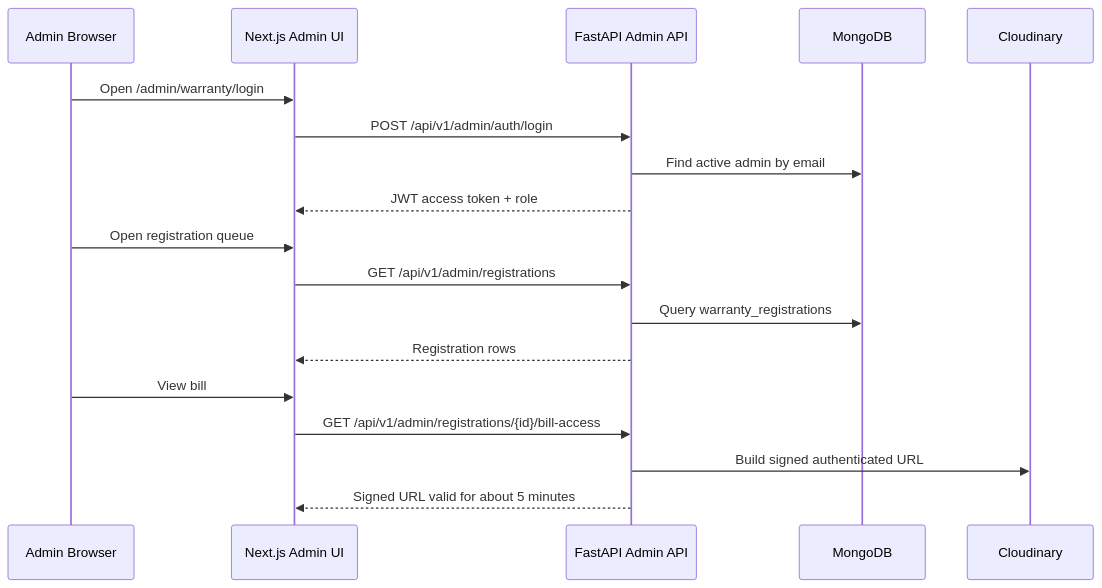
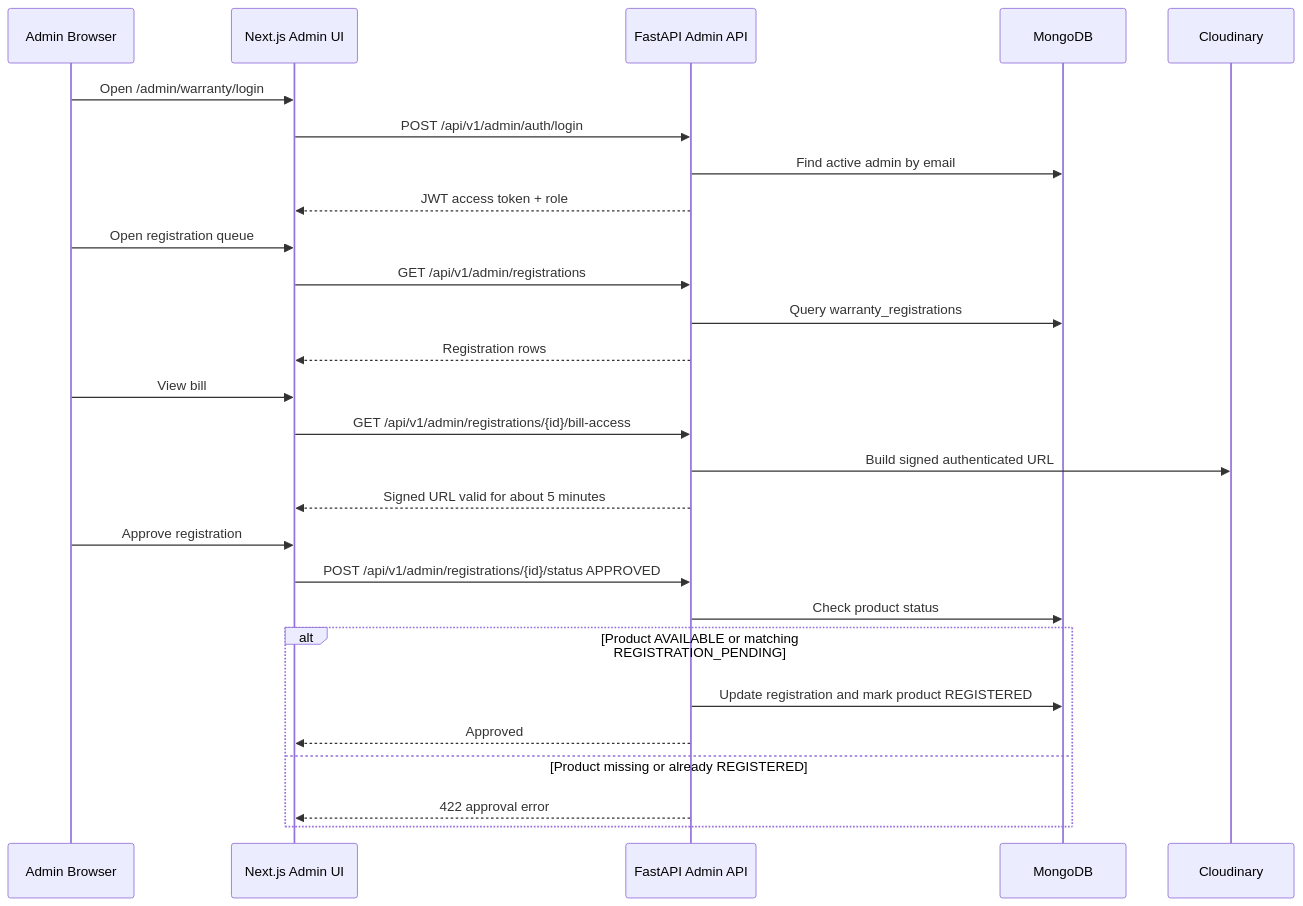
Before and after one commit to traicasolutions-pjcts/limac-website: the third of 5 diagrams in docs/LIMAC_WARRANTY_DESIGN_DOCUMENT.md, drawn with Mermaid. The commit also changed other lines of this file and 2 other files, not shown here.

````diff
--- a/docs/LIMAC_WARRANTY_DESIGN_DOCUMENT.md
+++ b/docs/LIMAC_WARRANTY_DESIGN_DOCUMENT.md
@@ -284,21 +316,30 @@
 ```mermaid
 sequenceDiagram
   participant Admin as Admin Browser
   participant UI as Next.js Admin UI
   participant API as FastAPI Admin API
   participant DB as MongoDB
   participant CL as Cloudinary
 
   Admin->>UI: Open /admin/warranty/login
   UI->>API: POST /api/v1/admin/auth/login
   API->>DB: Find active admin by email
   API-->>UI: JWT access token + role
   Admin->>UI: Open registration queue
   UI->>API: GET /api/v1/admin/registrations
   API->>DB: Query warranty_registrations
   API-->>UI: Registration rows
   Admin->>UI: View bill
   UI->>API: GET /api/v1/admin/registrations/{id}/bill-access
   API->>CL: Build signed authenticated URL
   API-->>UI: Signed URL valid for about 5 minutes
+  Admin->>UI: Approve registration
+  UI->>API: POST /api/v1/admin/registrations/{id}/status APPROVED
+  API->>DB: Check product status
+  alt Product AVAILABLE or matching REGISTRATION_PENDING
+    API->>DB: Update registration and mark product REGISTERED
+    API-->>UI: Approved
+  else Product missing or already REGISTERED
+    API-->>UI: 422 approval error
+  end
 ```
````
